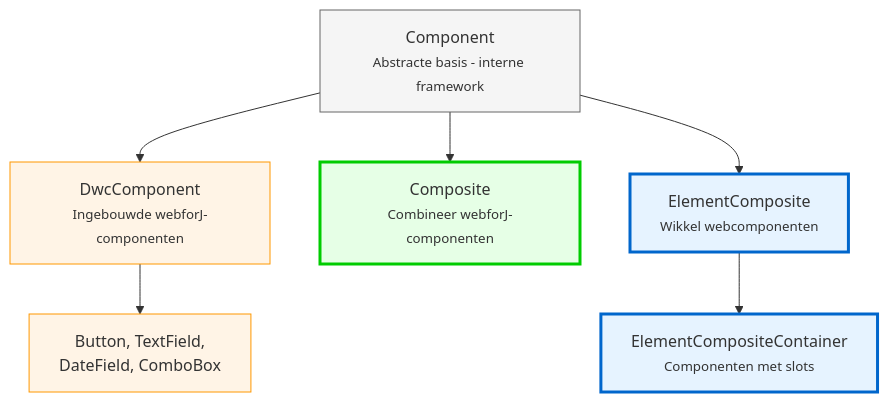
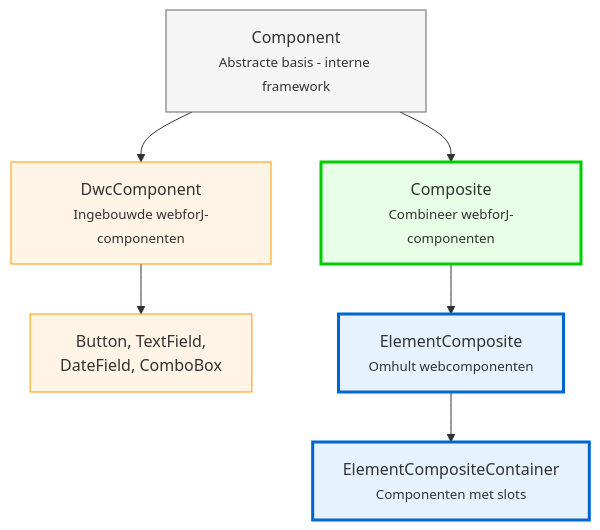
The diagram in docs/i18n/nl/docusaurus-plugin-content-docs/current/building-ui/component-fundamentals.md (webforj/webforj-documentation), drawn with Mermaid before and after one commit. The commit also changed other lines of this file and 389 other files, not shown here.

````diff
--- a/docs/i18n/nl/docusaurus-plugin-content-docs/current/building-ui/component-fundamentals.md
+++ b/docs/i18n/nl/docusaurus-plugin-content-docs/current/building-ui/component-fundamentals.md
@@ -52,22 +52,22 @@
 ```mermaid
 graph TD
-    A[Component<br/><small>Abstracte basis - interne framework</small>]
-    
-    A --> B[DwcComponent<br/><small>Ingebouwde webforJ-componenten</small>]
-    A --> C[Composite<br/><small>Combineer webforJ-componenten</small>]
-    A --> D[ElementComposite<br/><small>Wikkel webcomponenten</small>]
-    
-    B --> E[Button, TextField,<br/>DateField, ComboBox]
-    
-    D --> F[ElementCompositeContainer<br/><small>Componenten met slots</small>]
-    
-    style A fill:#f5f5f5,stroke:#666
-    style B fill:#fff4e6,stroke:#ff9800
-    style C fill:#e6ffe6,stroke:#00cc00
-    style D fill:#e6f3ff,stroke:#0066cc
-    style E fill:#fff4e6,stroke:#ff9800
-    style F fill:#e6f3ff,stroke:#0066cc
-    
-    classDef userClass stroke-width:3px
-    class C,D,F userClass
+  A[Component<br/><small>Abstracte basis - interne framework</small>]
+  
+  A --> B[DwcComponent<br/><small>Ingebouwde webforJ-componenten</small>]
+  A --> C[Composite<br/><small>Combineer webforJ-componenten</small>]
+  
+  B --> E[Button, TextField,<br/>DateField, ComboBox]
+  
+  C --> D[ElementComposite<br/><small>Omhult webcomponenten</small>]
+  D --> F[ElementCompositeContainer<br/><small>Componenten met slots</small>]
+  
+  style A fill:#f5f5f5,stroke:#666
+  style B fill:#fff4e6,stroke:#ff9800
+  style C fill:#e6ffe6,stroke:#00cc00
+  style D fill:#e6f3ff,stroke:#0066cc
+  style E fill:#fff4e6,stroke:#ff9800
+  style F fill:#e6f3ff,stroke:#0066cc
+  
+  classDef userClass stroke-width:3px
+  class C,D,F userClass
 ```
````
